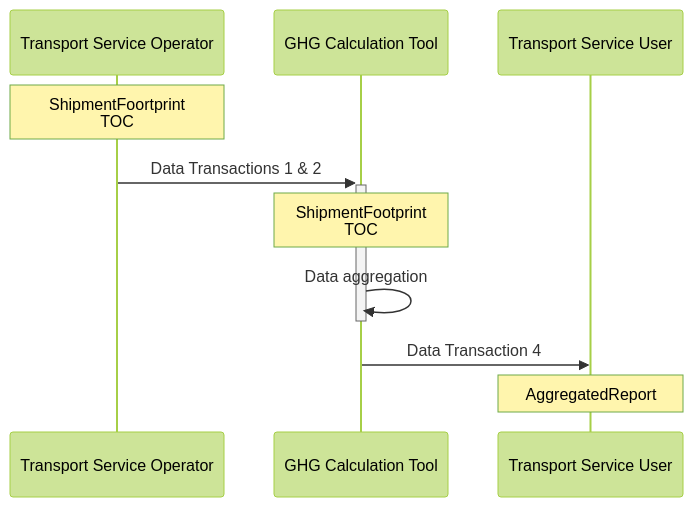
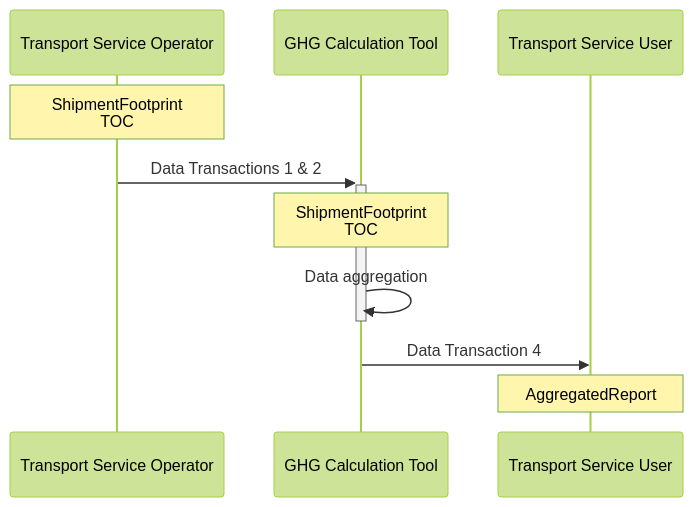
Before and after one commit to ileap-initiative/specs: the diagram in specs/diagrams/dt4-example-1.mmd, drawn with Mermaid.

Commit message:
fix: typo in mmd sequence diagram

```diff
--- a/specs/diagrams/dt4-example-1.mmd
+++ b/specs/diagrams/dt4-example-1.mmd
@@ -1,18 +1,18 @@
 ---
 config:
     theme: forest
 ---
 
 sequenceDiagram
 
     participant A as Transport Service Operator
     participant C as GHG Calculation Tool
     participant U as Transport Service User
 
 
-    note over A: ShipmentFoortprint <br> TOC
+    note over A: ShipmentFootprint <br> TOC
     A ->>+ C: Data Transactions 1 & 2
     note over C: ShipmentFootprint <br> TOC
     C ->>- C: Data aggregation
     C ->> U: Data Transaction 4
     note over U: AggregatedReport
```
